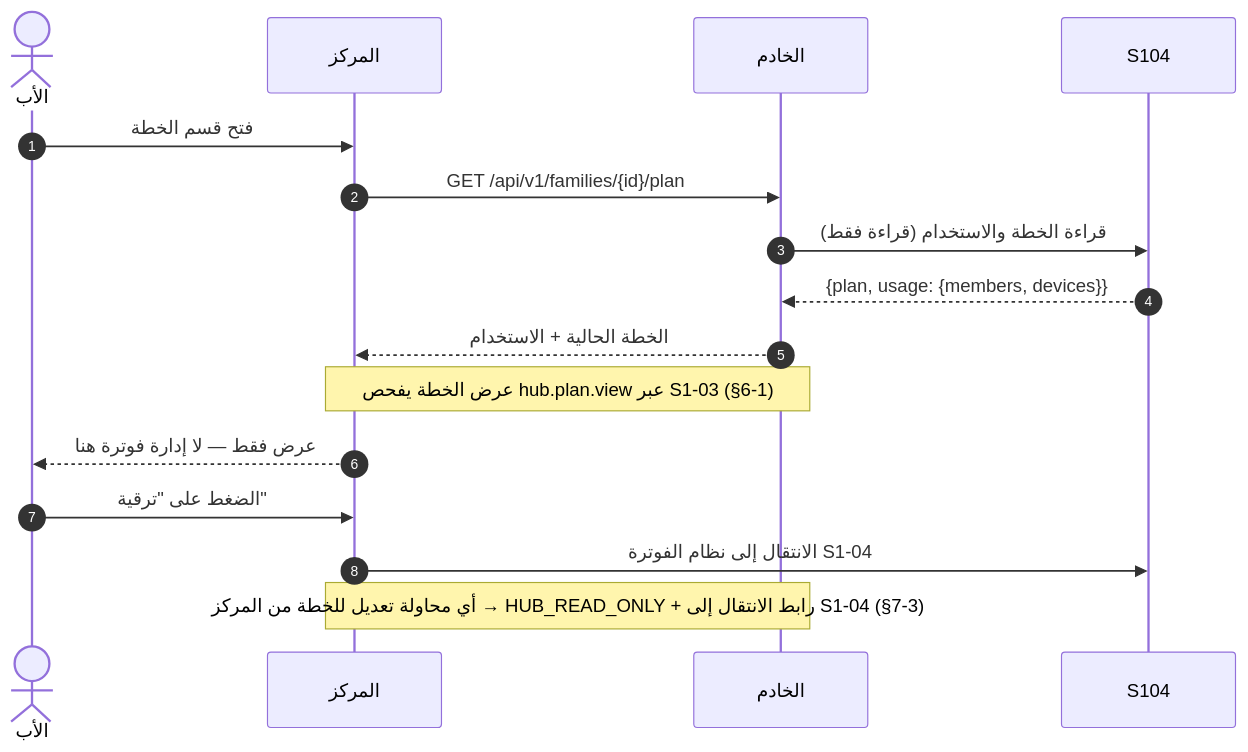
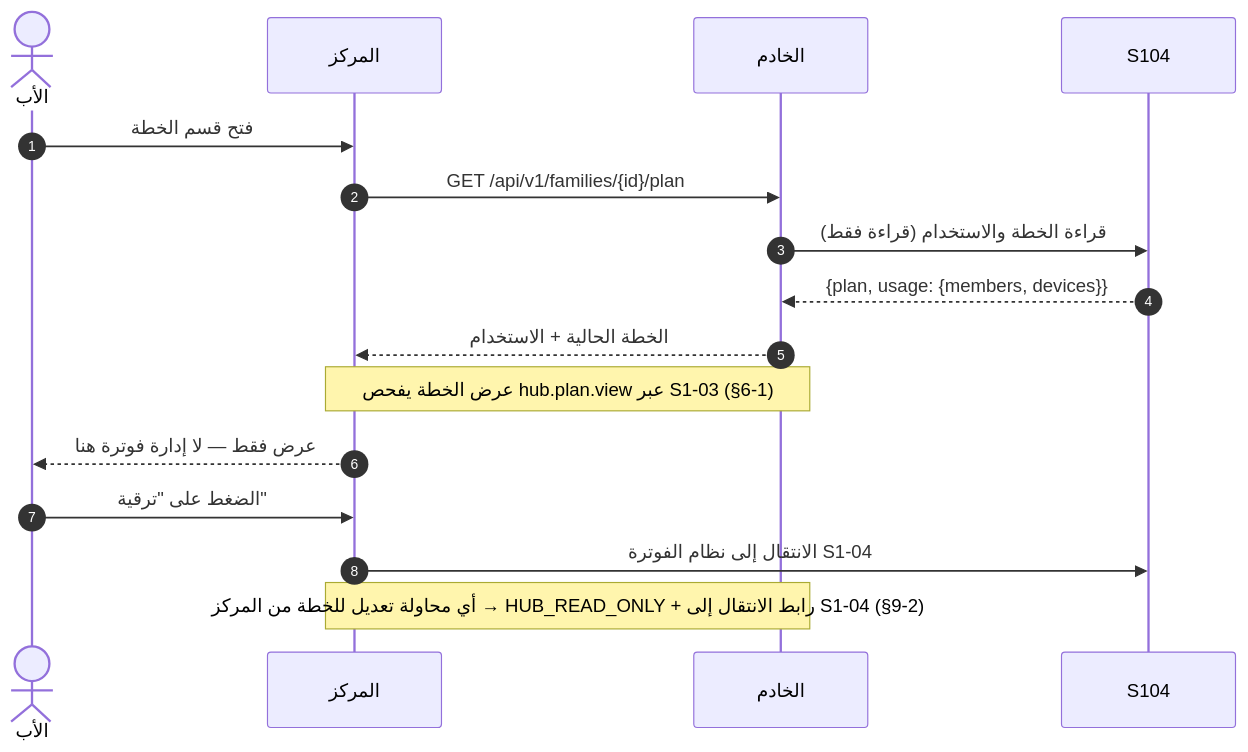
The seventh of 13 diagrams in docs/family-os/governance/phases/phase-1/S1-09-command-center-and-settings/DIAGRAMS.md (Bassam-mohammed-alqaeadi/family-os-v2), drawn with Mermaid before and after one commit. The commit also changed 6 other files, not shown here.

````diff
--- a/docs/family-os/governance/phases/phase-1/S1-09-command-center-and-settings/DIAGRAMS.md
+++ b/docs/family-os/governance/phases/phase-1/S1-09-command-center-and-settings/DIAGRAMS.md
@@ -293,18 +293,18 @@
 ```mermaid
 sequenceDiagram
     autonumber
     actor Father as الأب
     participant Hub as المركز
     participant Ktor as الخادم
     participant S104 as S104
     Father->>Hub: فتح قسم الخطة
     Hub->>Ktor: GET /api/v1/families/{id}/plan
     Ktor->>S104: قراءة الخطة والاستخدام (قراءة فقط)
     S104-->>Ktor: {plan, usage: {members, devices}}
     Ktor-->>Hub: الخطة الحالية + الاستخدام
     Note over Hub,Ktor: عرض الخطة يفحص hub.plan.view عبر S1-03 (§6-1)
     Hub-->>Father: عرض فقط — لا إدارة فوترة هنا
     Father->>Hub: الضغط على "ترقية"
     Hub->>S104: الانتقال إلى نظام الفوترة S1-04
-    Note over Hub,Ktor: أي محاولة تعديل للخطة من المركز → HUB_READ_ONLY + رابط الانتقال إلى S1-04 (§7-3)
+    Note over Hub,Ktor: أي محاولة تعديل للخطة من المركز → HUB_READ_ONLY + رابط الانتقال إلى S1-04 (§9-2)
 ```
````
